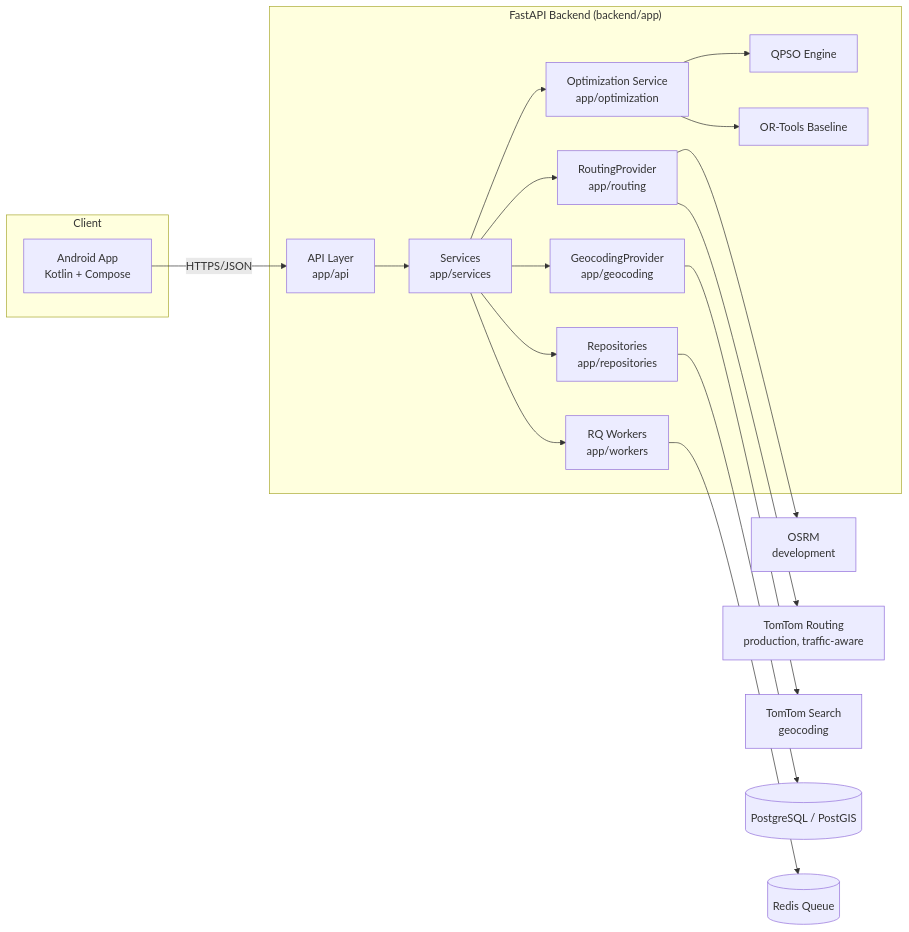
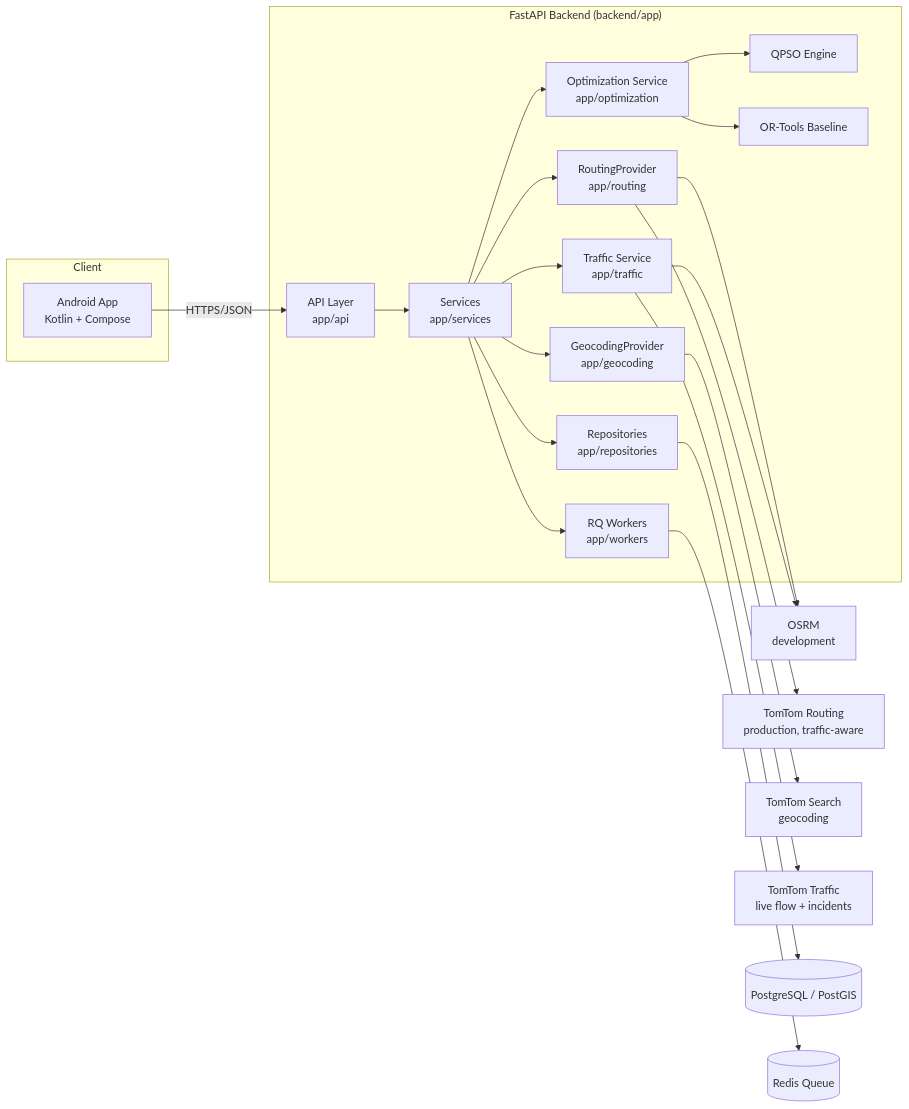
Before and after one commit to Nithi-tech/QTrace: the diagram in docs/architecture.md, drawn with Mermaid. The commit also changed other lines of this file and 80 other files, not shown here.

````diff
--- a/docs/architecture.md
+++ b/docs/architecture.md
@@ -5,25 +5,28 @@
 ```mermaid
 flowchart LR
     subgraph Client
         AND[Android App<br/>Kotlin + Compose]
     end
 
     AND -- HTTPS/JSON --> API
 
     subgraph Backend["FastAPI Backend (backend/app)"]
         API[API Layer<br/>app/api] --> SVC[Services<br/>app/services]
         SVC --> ROUTING[RoutingProvider<br/>app/routing]
         SVC --> GEO[GeocodingProvider<br/>app/geocoding]
+        SVC --> TRAFFIC[Traffic Service<br/>app/traffic]
         SVC --> OPT[Optimization Service<br/>app/optimization]
         SVC --> REPO[Repositories<br/>app/repositories]
         OPT --> QPSO[QPSO Engine]
         OPT --> ORTOOLS[OR-Tools Baseline]
         SVC --> WORKERS[RQ Workers<br/>app/workers]
     end
 
     ROUTING --> OSRM[OSRM<br/>development]
     ROUTING --> TOMTOM_ROUTE[TomTom Routing<br/>production, traffic-aware]
     GEO --> TOMTOM_SEARCH[TomTom Search<br/>geocoding]
+    TRAFFIC --> TOMTOM_FLOW[TomTom Traffic<br/>live flow + incidents]
+    TRAFFIC --> OSRM
     REPO --> DB[(PostgreSQL / PostGIS)]
     WORKERS --> REDIS[(Redis Queue)]
 ```
````
